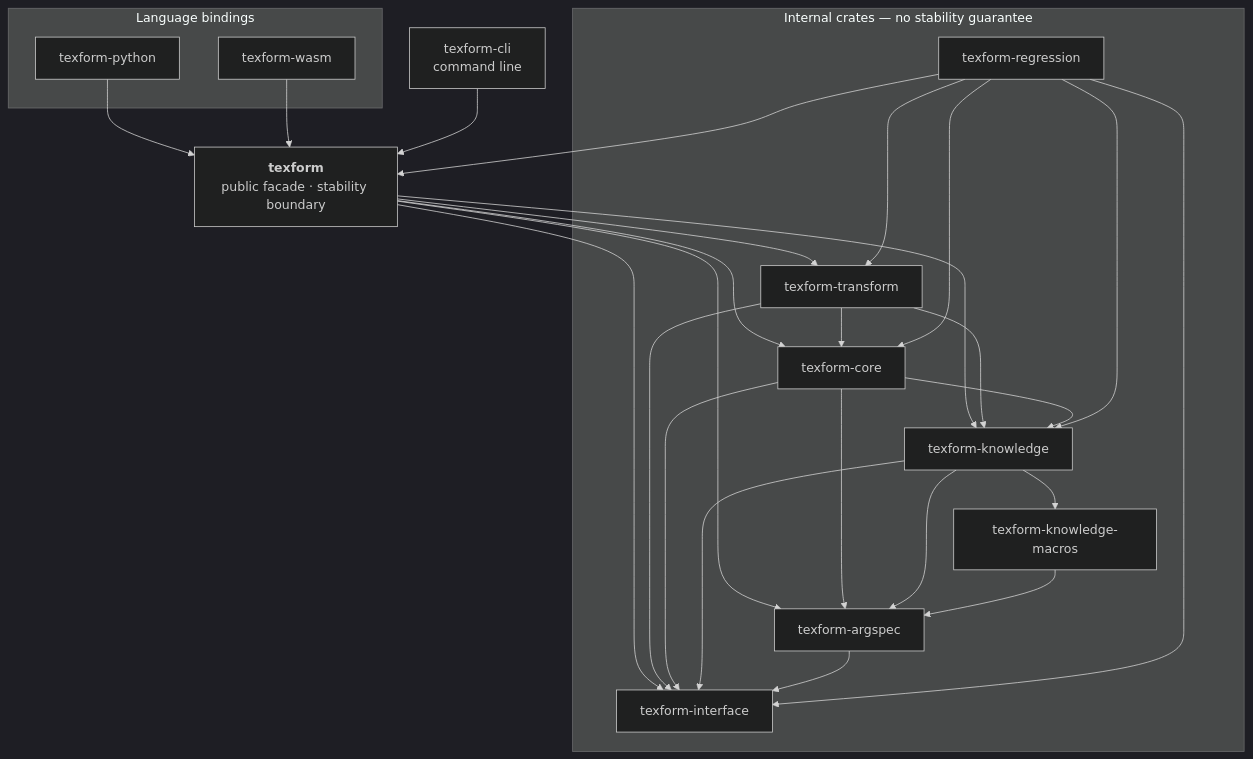
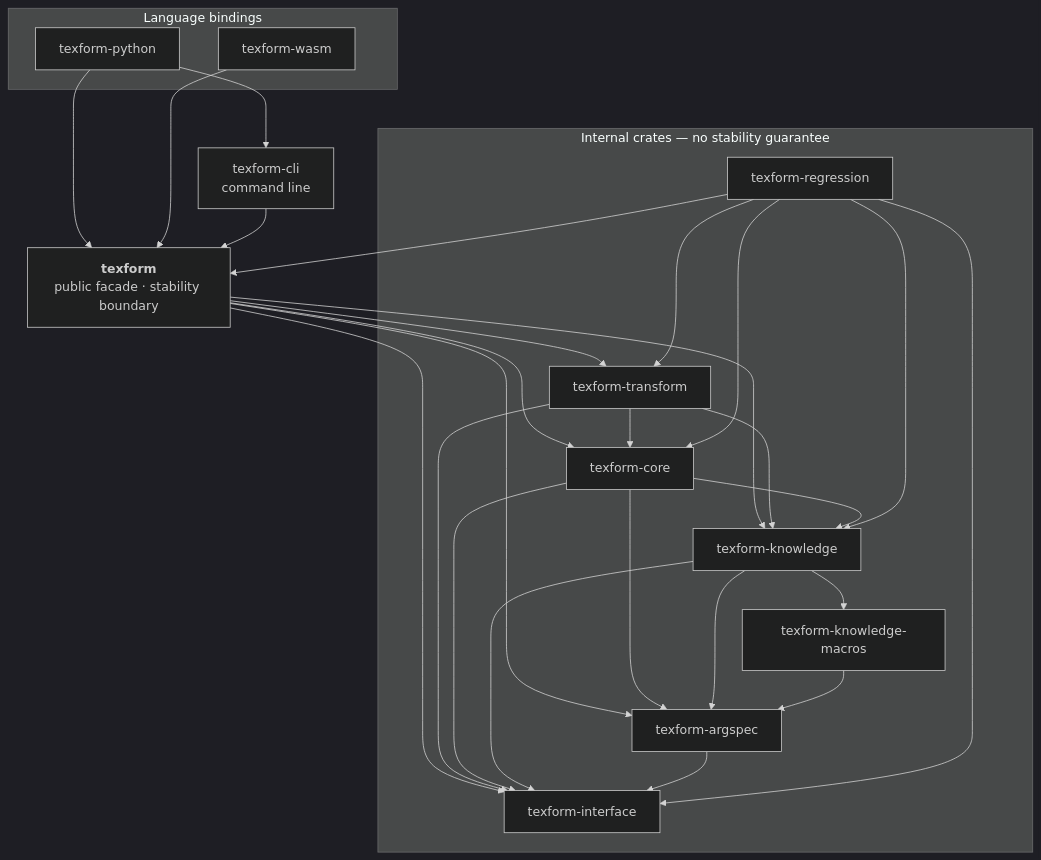
One commit to texform-dev/texform changed the diagram in ARCHITECTURE.md. Above: the diagram before and after it, drawn with Mermaid (dark theme). The commit also changed other lines of this file and 23 other files, not shown here.

````diff
--- a/ARCHITECTURE.md
+++ b/ARCHITECTURE.md
@@ -9,46 +9,47 @@
 ```mermaid
 graph TD
     subgraph bindings["Language bindings"]
         py["texform-python"]
         wasm["texform-wasm"]
     end
 
     cli["texform-cli<br/>command line"]
 
     facade["<b>texform</b><br/>public facade · stability boundary"]
 
     subgraph internal["Internal crates — no stability guarantee"]
         transform["texform-transform"]
         core["texform-core"]
         knowledge["texform-knowledge"]
         knowledge_macros["texform-knowledge-macros"]
         argspec["texform-argspec"]
         interface["texform-interface"]
         regression["texform-regression"]
     end
 
     py --> facade
+    py --> cli
     wasm --> facade
     cli --> facade
     facade --> transform
     facade --> core
     facade --> knowledge
     facade --> argspec
     facade --> interface
     transform --> core
     transform --> knowledge
     transform --> interface
     core --> knowledge
     core --> argspec
     core --> interface
     knowledge --> argspec
     knowledge --> knowledge_macros
     knowledge --> interface
     knowledge_macros --> argspec
     argspec --> interface
     regression --> facade
     regression --> transform
     regression --> core
     regression --> knowledge
     regression --> interface
 ```
````
